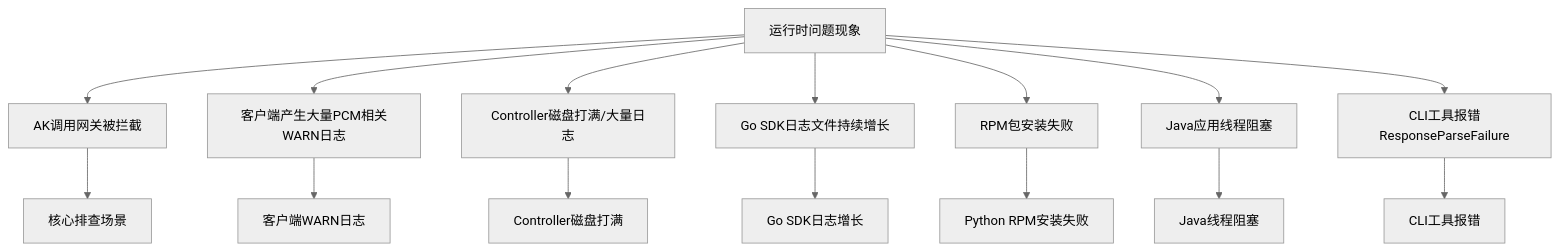
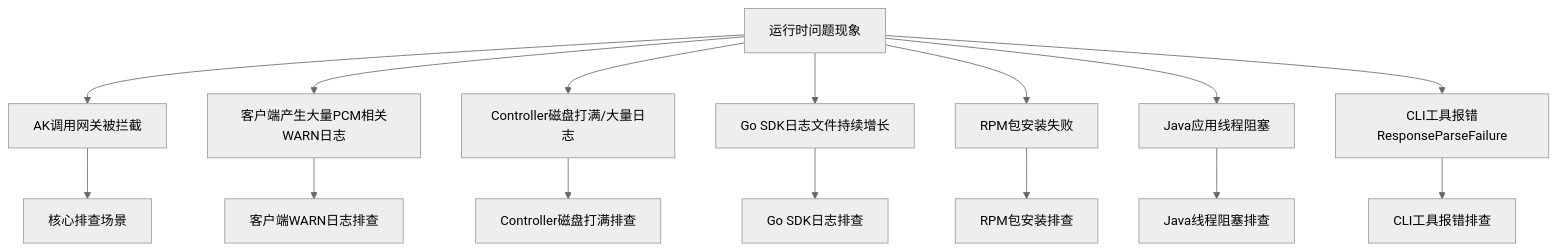
One commit to syj108/knowledge--base changed the third of 4 diagrams in pages/PCM/平台凭证管理服务/方案支撑文档/横向研发文档.md. Above: the diagram before and after it, drawn with Mermaid (neutral theme). The commit also changed other lines of this file and 11 other files, not shown here.

````diff
--- a/pages/PCM/平台凭证管理服务/方案支撑文档/横向研发文档.md
+++ b/pages/PCM/平台凭证管理服务/方案支撑文档/横向研发文档.md
@@ -236,18 +236,18 @@
 ```mermaid
 graph TD
     Start[运行时问题现象] --> P1[AK调用网关被拦截]
     Start --> P2[客户端产生大量PCM相关WARN日志]
     Start --> P3[Controller磁盘打满/大量日志]
     Start --> P4[Go SDK日志文件持续增长]
     Start --> P5[RPM包安装失败]
     Start --> P6[Java应用线程阻塞]
     Start --> P7[CLI工具报错ResponseParseFailure]
 
     P1 --> S1[核心排查场景]
-    P2 --> S2[客户端WARN日志]
-    P3 --> S3[Controller磁盘打满]
-    P4 --> S4[Go SDK日志增长]
-    P5 --> S5[Python RPM安装失败]
-    P6 --> S6[Java线程阻塞]
-    P7 --> S7[CLI工具报错]
+    P2 --> S2[客户端WARN日志排查]
+    P3 --> S3[Controller磁盘打满排查]
+    P4 --> S4[Go SDK日志排查]
+    P5 --> S5[RPM包安装排查]
+    P6 --> S6[Java线程阻塞排查]
+    P7 --> S7[CLI工具报错排查]
 ```
````
